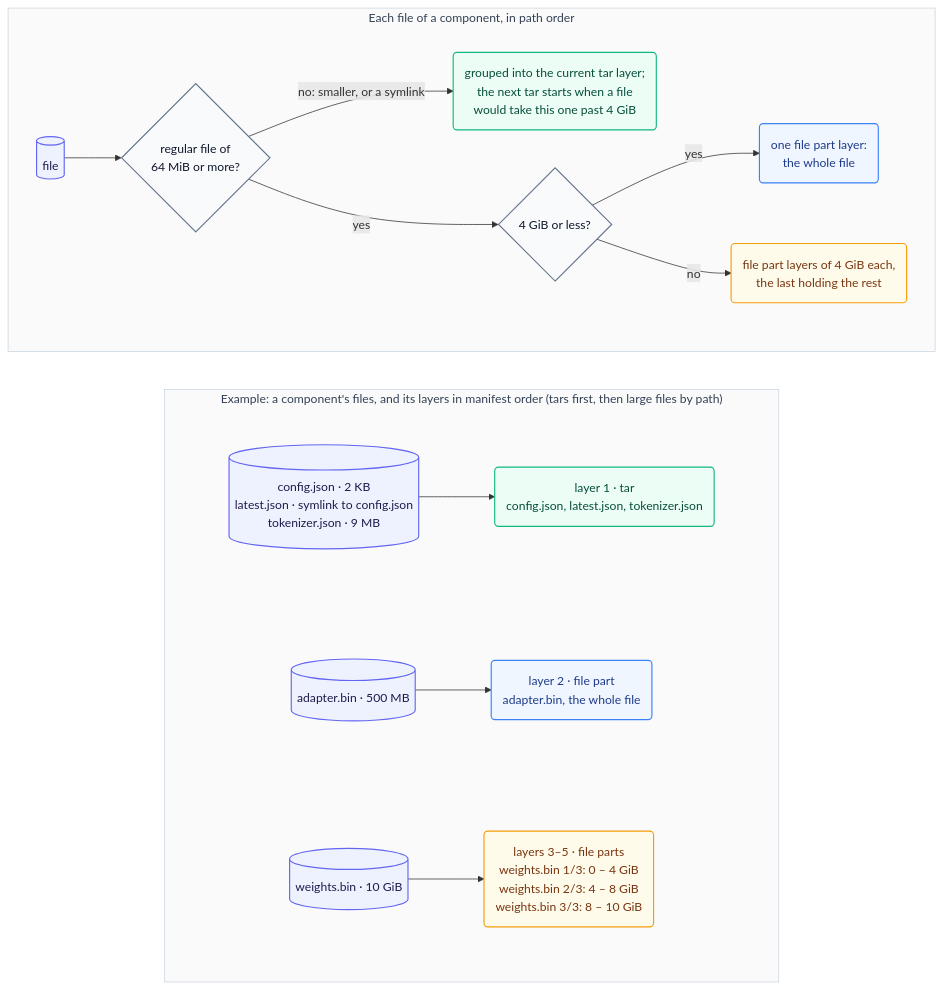
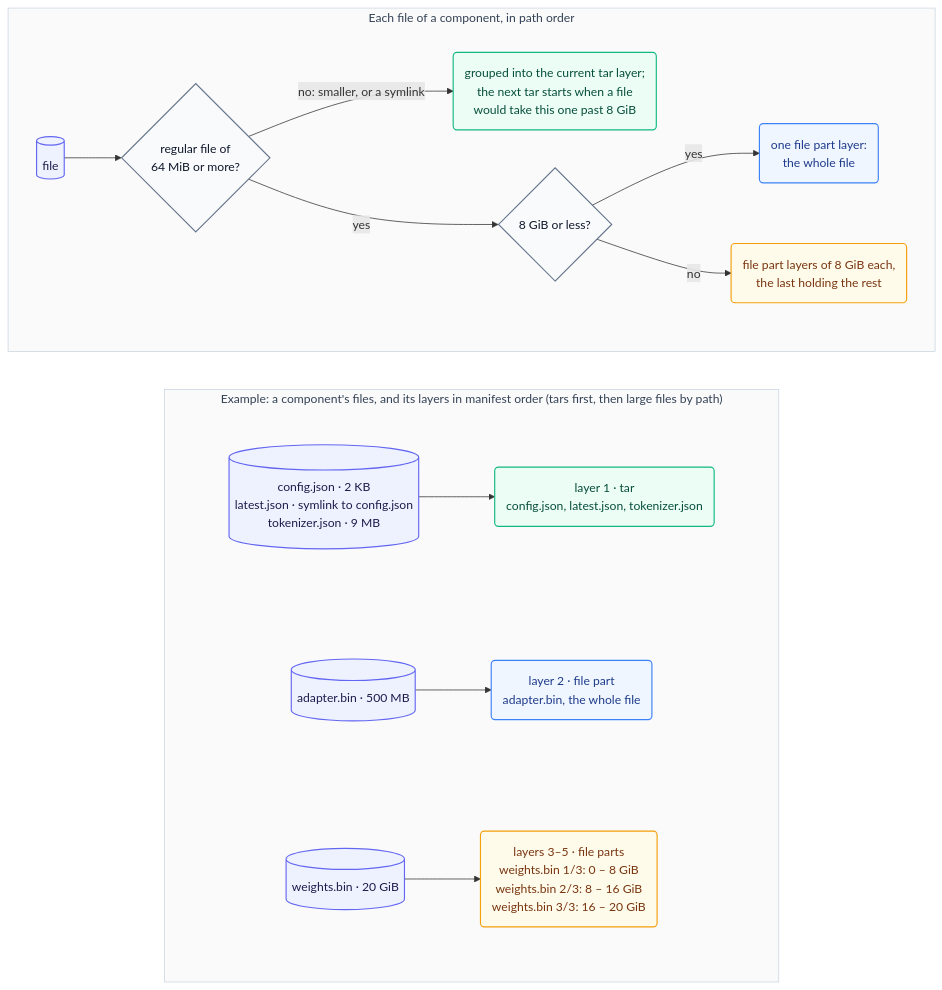
One commit to alejandro-velasco/bomify changed the diagram in docs/diagrams/component-layers.mmd. Above: the diagram before and after it, drawn with Mermaid. The commit also changed 5 other files, not shown here.

First line of the commit message:
feat(push): store each large file as one layer, split only past 8 GiB

```diff
--- a/docs/diagrams/component-layers.mmd
+++ b/docs/diagrams/component-layers.mmd
@@ -1,54 +1,54 @@
 %%{init: {"flowchart": {"wrappingWidth": 320}}}%%
 flowchart TB
     classDef local fill:#EEF2FF,stroke:#6366F1,stroke-width:1.5px,color:#1e1b4b
     classDef decision fill:#F8FAFC,stroke:#64748B,stroke-width:1.5px,color:#0f172a
     classDef tar fill:#ECFDF5,stroke:#10B981,stroke-width:1.5px,color:#064e3b
     classDef whole fill:#EFF6FF,stroke:#3B82F6,stroke-width:1.5px,color:#1e3a8a
     classDef part fill:#FFFBEB,stroke:#F59E0B,stroke-width:1.5px,color:#78350f
 
     subgraph Rule["Each file of a component, in path order"]
         direction LR
         File[("file")]
         Large{"regular file of<br/>64 MiB or more?"}
-        Fits{"4 GiB or less?"}
-        Grouped("grouped into the current tar layer;<br/>the next tar starts when a file<br/>would take this one past 4 GiB")
+        Fits{"8 GiB or less?"}
+        Grouped("grouped into the current tar layer;<br/>the next tar starts when a file<br/>would take this one past 8 GiB")
         Whole("one file part layer:<br/>the whole file")
-        Parts("file part layers of 4 GiB each,<br/>the last holding the rest")
+        Parts("file part layers of 8 GiB each,<br/>the last holding the rest")
 
         File --> Large
         Large -- "no: smaller, or a symlink" --> Grouped
         Large -- yes --> Fits
         Fits -- yes --> Whole
         Fits -- no --> Parts
     end
 
     subgraph Example["Example: a component's files, and its layers in manifest order (tars first, then large files by path)"]
         direction TB
         subgraph Row1[" "]
             direction LR
             R1File[("config.json · 2 KB<br/>latest.json · symlink to config.json<br/>tokenizer.json · 9 MB")] --> R1Layer("layer 1 · tar<br/>config.json, latest.json, tokenizer.json")
         end
         subgraph Row2[" "]
             direction LR
             R2File[("adapter.bin · 500 MB")] --> R2Layer("layer 2 · file part<br/>adapter.bin, the whole file")
         end
         subgraph Row3[" "]
             direction LR
-            R3File[("weights.bin · 10 GiB")] --> R3Layer("layers 3–5 · file parts<br/>weights.bin 1/3: 0 – 4 GiB<br/>weights.bin 2/3: 4 – 8 GiB<br/>weights.bin 3/3: 8 – 10 GiB")
+            R3File[("weights.bin · 20 GiB")] --> R3Layer("layers 3–5 · file parts<br/>weights.bin 1/3: 0 – 8 GiB<br/>weights.bin 2/3: 8 – 16 GiB<br/>weights.bin 3/3: 16 – 20 GiB")
         end
         Row1 ~~~ Row2 ~~~ Row3
     end
 
 
     Rule ~~~ Example
 
     class File,R1File,R2File,R3File local
     class Large,Fits decision
     class Grouped,R1Layer tar
     class Whole,R2Layer whole
     class Parts,R3Layer part
     style Rule fill:#FAFAFA,stroke:#CBD5E1,stroke-width:1px,color:#334155
     style Example fill:#FAFAFA,stroke:#CBD5E1,stroke-width:1px,color:#334155
     style Row1 fill:none,stroke:none
     style Row2 fill:none,stroke:none
     style Row3 fill:none,stroke:none
```
